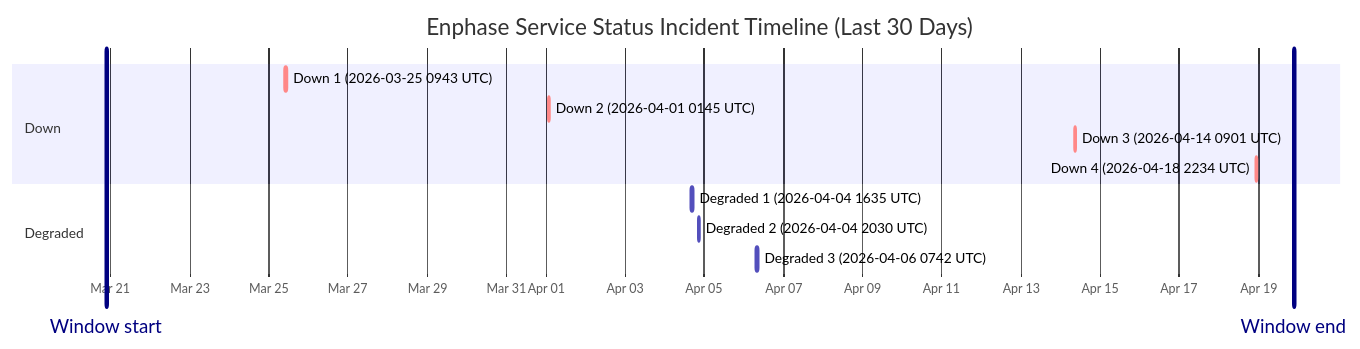
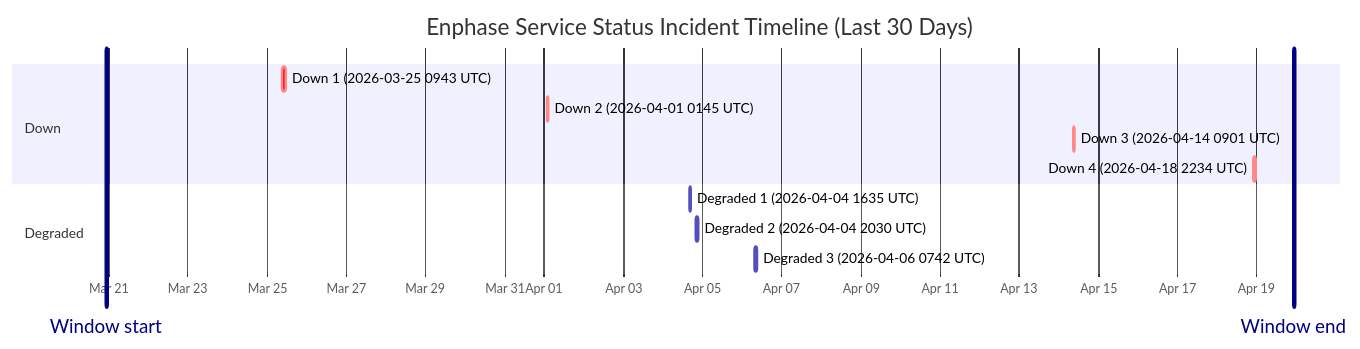
The diagram in wiki/Service-Status-History.md (barneyonline/ha-enphase-ev-charger), drawn with Mermaid before and after one commit. The commit also changed other lines of this file and 3 other files, not shown here.

````diff
--- a/wiki/Service-Status-History.md
+++ b/wiki/Service-Status-History.md
@@ -14,17 +14,17 @@
 ```mermaid
 gantt
     title Enphase Service Status Incident Timeline (Last 30 Days)
     dateFormat  YYYY-MM-DDTHH:mm:ss
     axisFormat  %b %d
-    Window start :vert, window-start, 2026-03-20T21:35:19, 0ms
-    Window end :vert, window-end, 2026-04-19T21:35:19, 0ms
+    Window start :vert, window-start, 2026-03-20T22:35:16, 0ms
+    Window end :vert, window-end, 2026-04-19T22:35:16, 0ms
     section Down
     Down 1 (2026-03-25 0943 UTC) :crit, down-1, 2026-03-25T09:43:28, 111m
     Down 2 (2026-04-01 0145 UTC) :crit, down-2, 2026-04-01T01:45:09, 60m
     Down 3 (2026-04-14 0901 UTC) :crit, down-3, 2026-04-14T09:01:13, 60m
     Down 4 (2026-04-18 2234 UTC) :crit, down-4, 2026-04-18T22:34:13, 60m
     section Degraded
     Degraded 1 (2026-04-04 1635 UTC) :active, degraded-1, 2026-04-04T16:35:17, 60m
     Degraded 2 (2026-04-04 2030 UTC) :active, degraded-2, 2026-04-04T20:30:40, 60m
     Degraded 3 (2026-04-06 0742 UTC) :active, degraded-3, 2026-04-06T07:42:09, 85m
 ```
````
